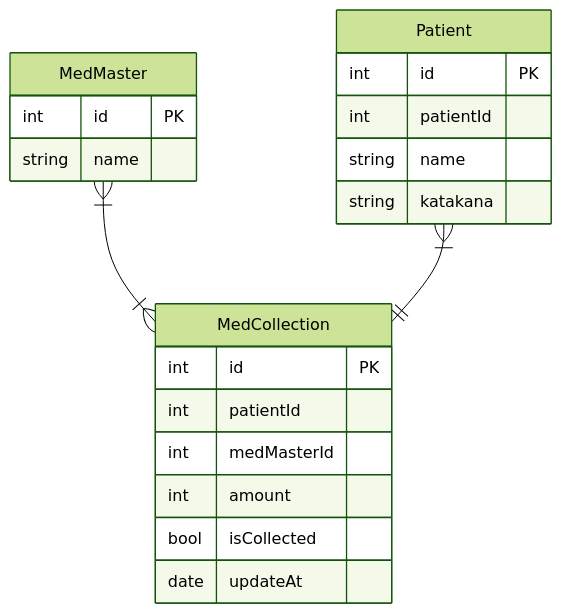
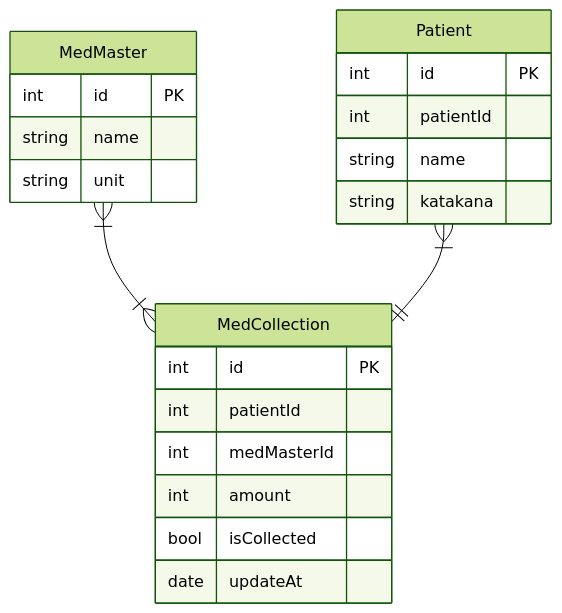
The fifth of 5 diagrams in readme.md (obutora/ODP_calc), drawn with Mermaid (forest theme) before and after one commit.

````diff
--- a/readme.md
+++ b/readme.md
@@ -76,28 +76,29 @@
 ```mermaid
 erDiagram
 
 MedMaster }|--|{ MedCollection : ""
 Patient }|--|| MedCollection : ""
 
     Patient {
         int id PK
         int patientId
         string name
         string katakana
     }
 
     MedCollection {
         int id PK
         int patientId
         int medMasterId
         int amount
         bool isCollected
         date updateAt
     }
 
     MedMaster {
         int id PK
         string name
+        string unit
     }
 
 ```
````
